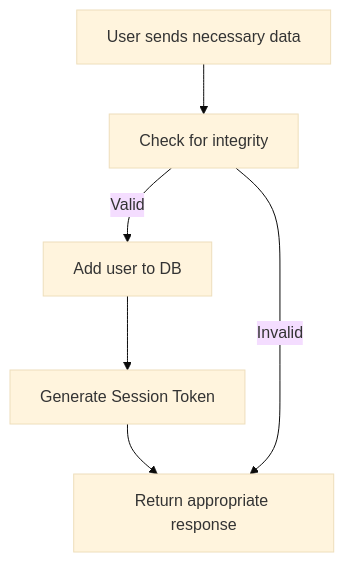
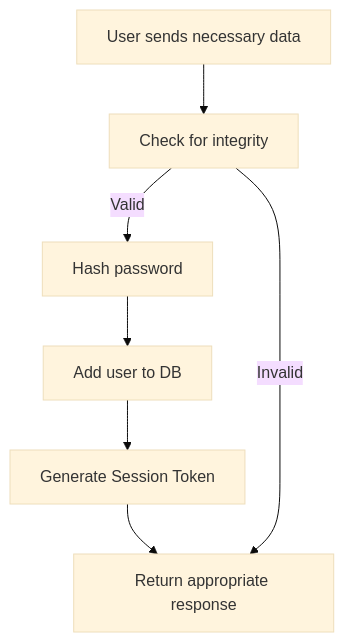
One commit to LKBotond/VoxPopuli changed the fourth of 5 diagrams in Architecture.md. Above: the diagram before and after it, drawn with Mermaid (base theme). The commit also changed other lines of this file and 89 other files, not shown here.

````diff
--- a/Architecture.md
+++ b/Architecture.md
@@ -67,8 +72,9 @@
 ```mermaid
 flowchart TD
     A[User sends necessary data ] --> B[Check for integrity]
-    B -->|Valid| C[Add user to DB]
-    C --> D[Generate Session Token]
-    D --> E[Return response to user]
-    B -->|Invalid| E[Return appropriate response]
+    B-->|Valid| C[Hash password]
+    C --> D[Add user to DB]
+    D --> E[Generate Session Token]
+    E --> F[Return appropriate response]
+    B -->|Invalid| F[Return appropriate response]
 ```
````
